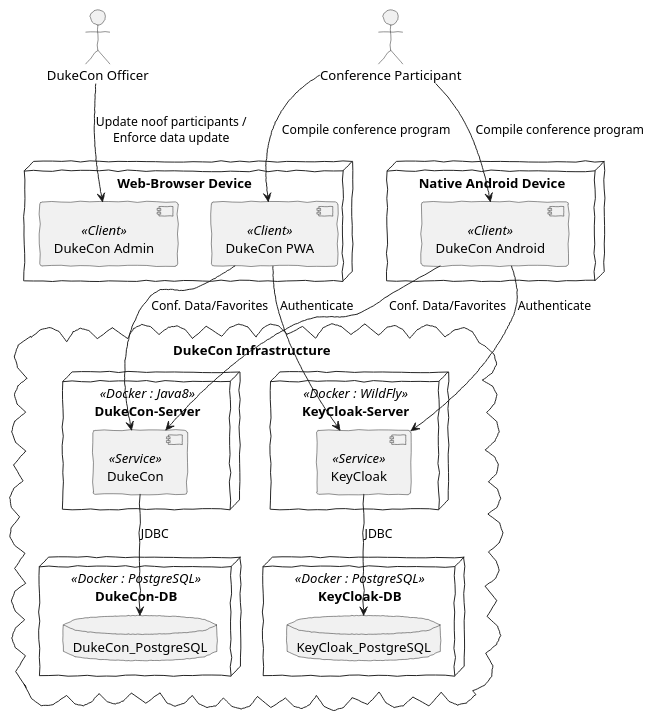
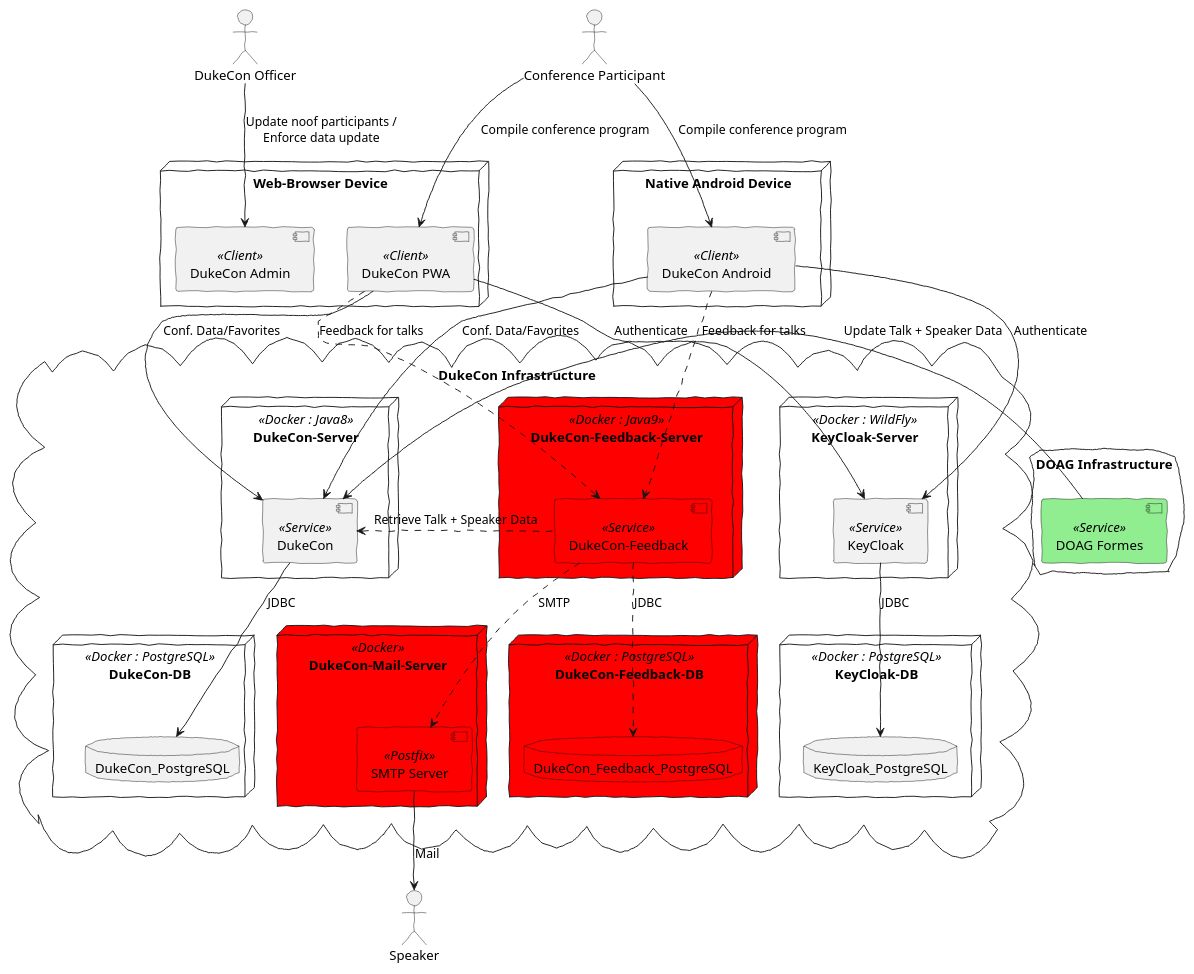
The diagram in src/main/asciidoc/images/dukecon-architecture.puml (dukecon/dukecon), drawn with PlantUML before and after one commit.

Commit message:
Extend whitebox architecture by new DukeCon Feedback Service
and DOAG data source

```diff
--- a/src/main/asciidoc/images/dukecon-architecture.puml
+++ b/src/main/asciidoc/images/dukecon-architecture.puml
@@ -1,47 +1,73 @@
 @startuml
 skinparam handwritten true
 
 actor :DukeCon Officer:
 actor :Conference Participant:
+actor :Speaker:
 
 node "Web-Browser Device" {
     [DukeCon Admin] <<Client>>
     [DukeCon PWA] <<Client>> as DukeConPwa
 }
 
 node "Native Android Device" {
     [DukeCon Android] <<Client>> as DukeConAndroid
 }
 
+cloud "DOAG Infrastructure" {
+    [DOAG Formes] <<Service>> as DoagFormes #lightgreen
+}
+
 cloud "DukeCon Infrastructure" {
     node DukeCon-Server <<Docker : Java8>> {
-        [DukeCon] <<Service>>
+        [DukeCon] <<Service>> as DukeconService
     }
+
+    node DukeCon-DB <<Docker : PostgreSQL>> {
+        database DukeCon_PostgreSQL
+    }
+    [DukeconService] --> [DukeCon_PostgreSQL] : JDBC
+
+    node DukeCon-Feedback-Server <<Docker : Java9>> #red {
+        [DukeCon-Feedback] <<Service>> as DukeconFeedbackService #red
+    }
+
+    node DukeCon-Feedback-DB <<Docker : PostgreSQL>> #red {
+        database DukeCon_Feedback_PostgreSQL as DukeconFeedbackDB #red
+    }
+    [DukeconFeedbackService] ..> DukeconFeedbackDB : JDBC
+    DukeconService <.right. DukeconFeedbackService : Retrieve Talk + Speaker Data
+
+    node DukeCon-Mail-Server <<Docker>> #red {
+        [SMTP Server] <<Postfix>> as DukeconPostfix #red
+    }
+    [DukeconFeedbackService] ..> DukeconPostfix : SMTP
 
     node KeyCloak-Server <<Docker : WildFly>> {
         [KeyCloak] <<Service>>
     }
 
-    node DukeCon-DB <<Docker : PostgreSQL>> {
-        database DukeCon_PostgreSQL
-    }
-
     node KeyCloak-DB <<Docker : PostgreSQL>> {
         database KeyCloak_PostgreSQL
     }
-    [DukeCon] --> [DukeCon_PostgreSQL] : JDBC
     [KeyCloak] --> [KeyCloak_PostgreSQL] : JDBC
 }
+
+DoagFormes -right-> DukeconService : Update Talk + Speaker Data
 
 :DukeCon Officer: -down-> (DukeCon Admin) : "Update noof participants /\nEnforce data update"
 
 :Conference Participant: -down-> DukeConAndroid : Compile conference program
 :Conference Participant: -down-> DukeConPwa : Compile conference program
 
-(DukeConPwa) -down-> (DukeCon) : Conf. Data/Favorites
+(DukeConPwa) -down-> (DukeconService) : Conf. Data/Favorites
+(DukeConPwa) .down-> (DukeconFeedbackService) : Feedback for talks
 (DukeConPwa) -down-> (KeyCloak) : Authenticate
 
-(DukeConAndroid) -down-> (DukeCon) : Conf. Data/Favorites
+(DukeConAndroid) -down-> (DukeconService) : Conf. Data/Favorites
+(DukeConAndroid) .down-> (DukeconFeedbackService) : Feedback for talks
 (DukeConAndroid) -down-> (KeyCloak) : Authenticate
 
+DukeconPostfix --> :Speaker: : Mail
+
 @enduml
```
